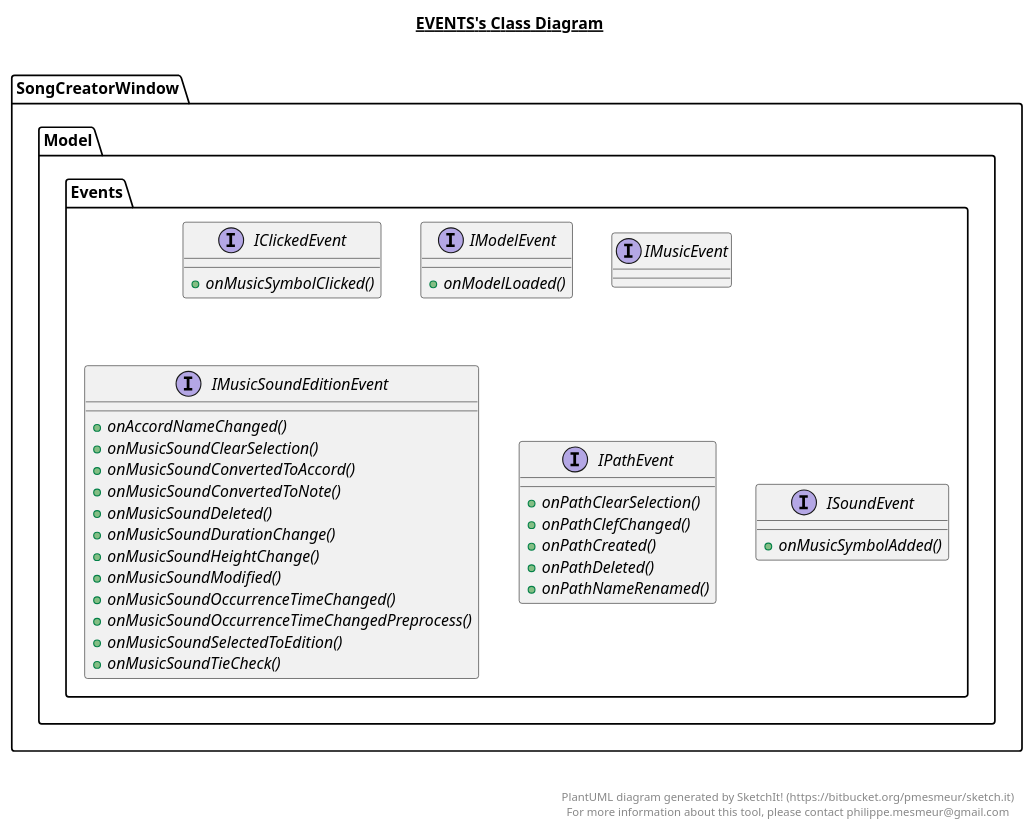
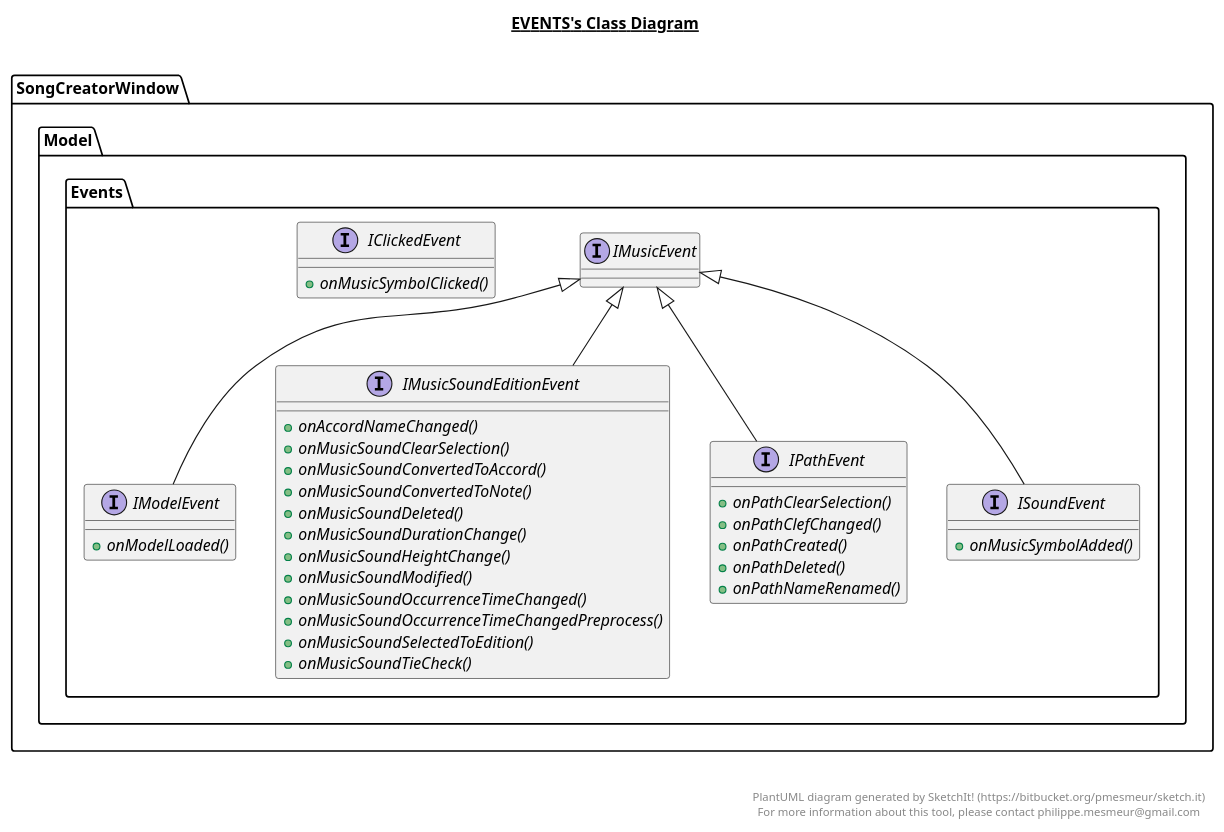
Before and after one commit to IS-UMK/inz-MRuszkowski: the diagram in src/SongCreatorWindow/Model/Events/Events.plantuml, drawn with PlantUML. The commit also changed 1 other file, not shown here.

Commit message:
Fully working song printing

```diff
--- a/src/SongCreatorWindow/Model/Events/Events.plantuml
+++ b/src/SongCreatorWindow/Model/Events/Events.plantuml
@@ -1,94 +1,97 @@
 @startuml
 
 title __EVENTS's Class Diagram__\n
 
   namespace SongCreatorWindow {
     namespace Model {
       namespace Events {
         interface SongCreatorWindow.Model.Events.IClickedEvent {
             {abstract} + onMusicSymbolClicked()
         }
       }
     }
   }
   
 
   namespace SongCreatorWindow {
     namespace Model {
       namespace Events {
         interface SongCreatorWindow.Model.Events.IModelEvent {
             {abstract} + onModelLoaded()
         }
       }
     }
   }
   
 
   namespace SongCreatorWindow {
     namespace Model {
       namespace Events {
         interface SongCreatorWindow.Model.Events.IMusicEvent {
         }
       }
     }
   }
   
 
   namespace SongCreatorWindow {
     namespace Model {
       namespace Events {
         interface SongCreatorWindow.Model.Events.IMusicSoundEditionEvent {
             {abstract} + onAccordNameChanged()
             {abstract} + onMusicSoundClearSelection()
             {abstract} + onMusicSoundConvertedToAccord()
             {abstract} + onMusicSoundConvertedToNote()
             {abstract} + onMusicSoundDeleted()
             {abstract} + onMusicSoundDurationChange()
             {abstract} + onMusicSoundHeightChange()
             {abstract} + onMusicSoundModified()
             {abstract} + onMusicSoundOccurrenceTimeChanged()
             {abstract} + onMusicSoundOccurrenceTimeChangedPreprocess()
             {abstract} + onMusicSoundSelectedToEdition()
             {abstract} + onMusicSoundTieCheck()
         }
       }
     }
   }
   
 
   namespace SongCreatorWindow {
     namespace Model {
       namespace Events {
         interface SongCreatorWindow.Model.Events.IPathEvent {
             {abstract} + onPathClearSelection()
             {abstract} + onPathClefChanged()
             {abstract} + onPathCreated()
             {abstract} + onPathDeleted()
             {abstract} + onPathNameRenamed()
         }
       }
     }
   }
   
 
   namespace SongCreatorWindow {
     namespace Model {
       namespace Events {
         interface SongCreatorWindow.Model.Events.ISoundEvent {
             {abstract} + onMusicSymbolAdded()
         }
       }
     }
   }
   
 
-
+SongCreatorWindow.Model.Events.IMusicSoundEditionEvent -up-|> SongCreatorWindow.Model.Events.IMusicEvent
+SongCreatorWindow.Model.Events.IModelEvent -up-|> SongCreatorWindow.Model.Events.IMusicEvent
+SongCreatorWindow.Model.Events.IPathEvent -up-|> SongCreatorWindow.Model.Events.IMusicEvent
+SongCreatorWindow.Model.Events.ISoundEvent -up-|> SongCreatorWindow.Model.Events.IMusicEvent
 
 right footer
 
 
 PlantUML diagram generated by SketchIt! (https://bitbucket.org/pmesmeur/sketch.it)
 For more information about this tool, please contact philippe.mesmeur@gmail.com
 endfooter
 
 @enduml
```
